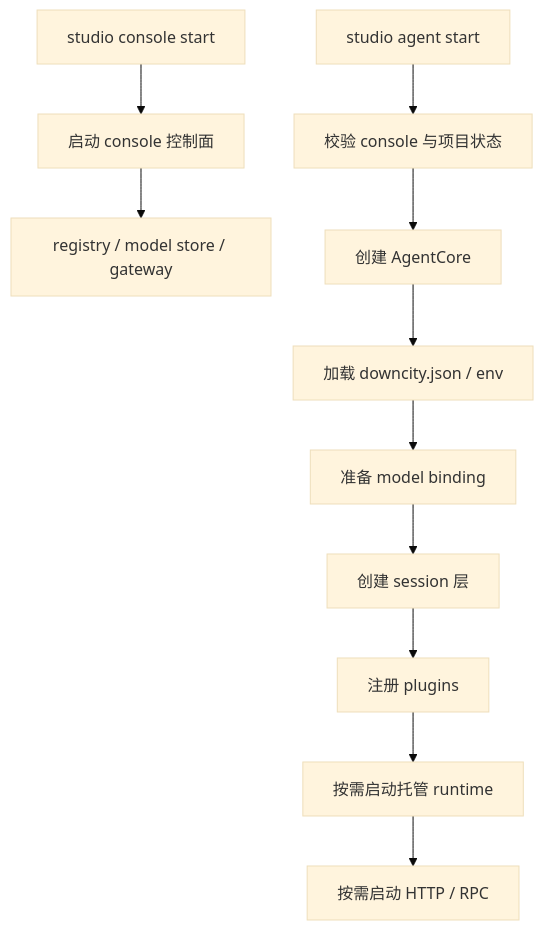
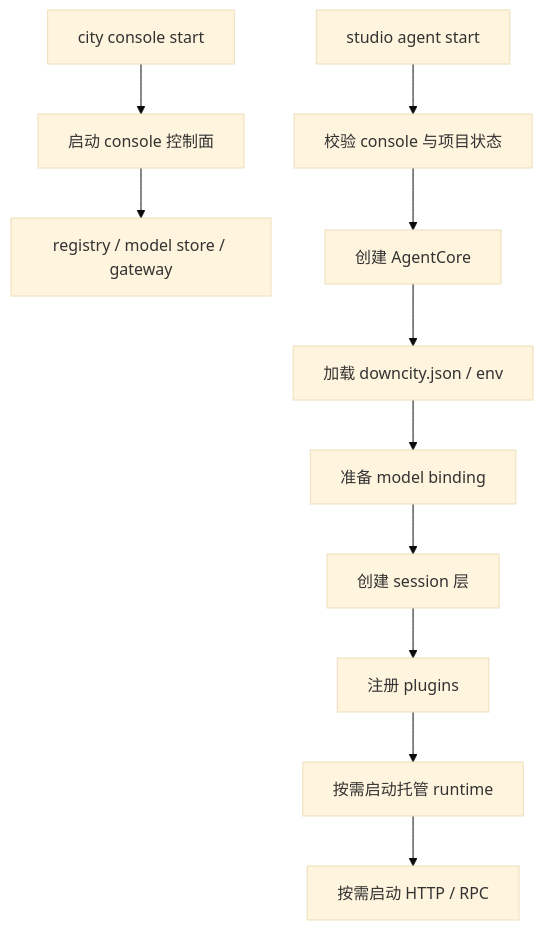
The second of 3 diagrams in homepage/content/devdocs/zh/architecture/system-logic.mdx (wangenius/downcity), drawn with Mermaid (base theme) before and after one commit. The commit also changed 364 other files, not shown here.

Commit message:
refactor(cli): split city and studio commands

````diff
--- a/homepage/content/devdocs/zh/architecture/system-logic.mdx
+++ b/homepage/content/devdocs/zh/architecture/system-logic.mdx
@@ -111,14 +111,14 @@
 ```mermaid
 flowchart TD
-  A["studio console start"] --> B["启动 console 控制面"]
+  A["city console start"] --> B["启动 console 控制面"]
   B --> C["registry / model store / gateway"]
 
   D["studio agent start"] --> E["校验 console 与项目状态"]
   E --> F["创建 AgentCore"]
   F --> G["加载 downcity.json / env"]
   G --> H["准备 model binding"]
   H --> I["创建 session 层"]
   I --> J["注册 plugins"]
   J --> K["按需启动托管 runtime"]
   K --> L["按需启动 HTTP / RPC"]
 ```
````
